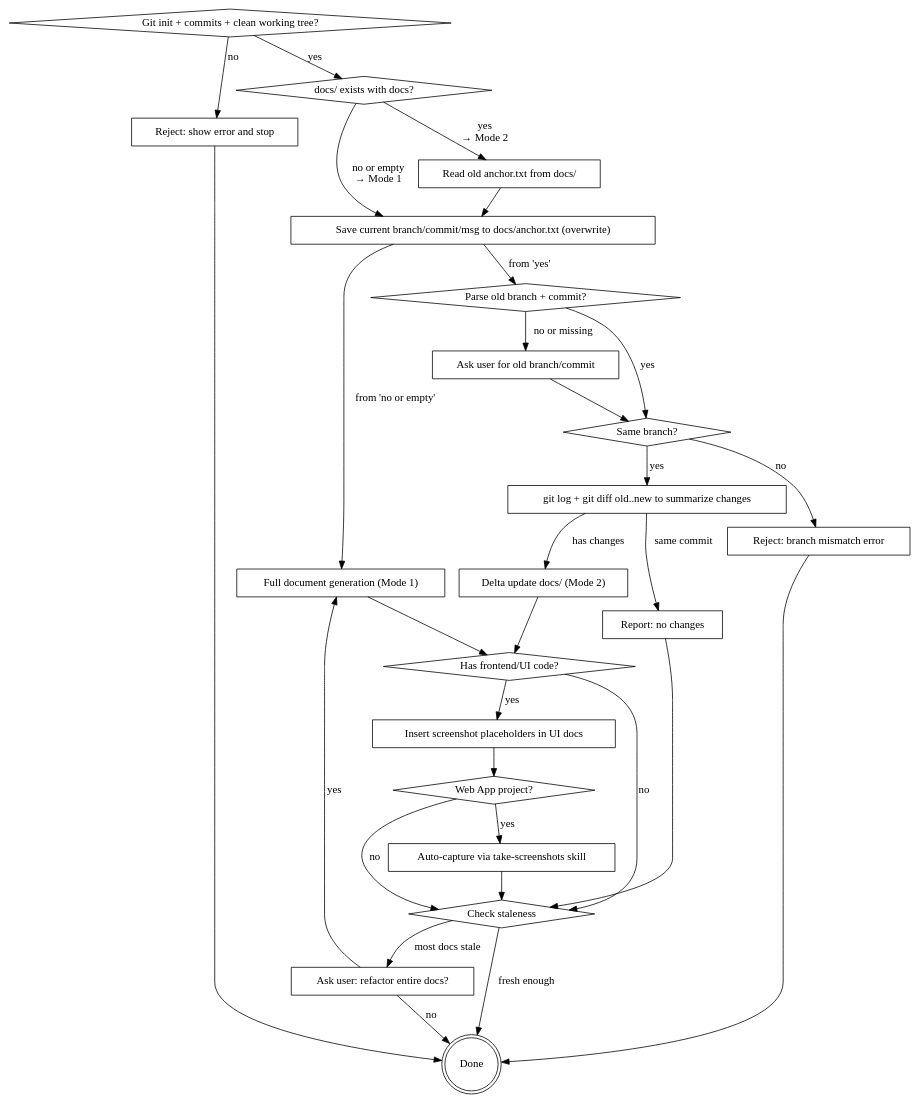
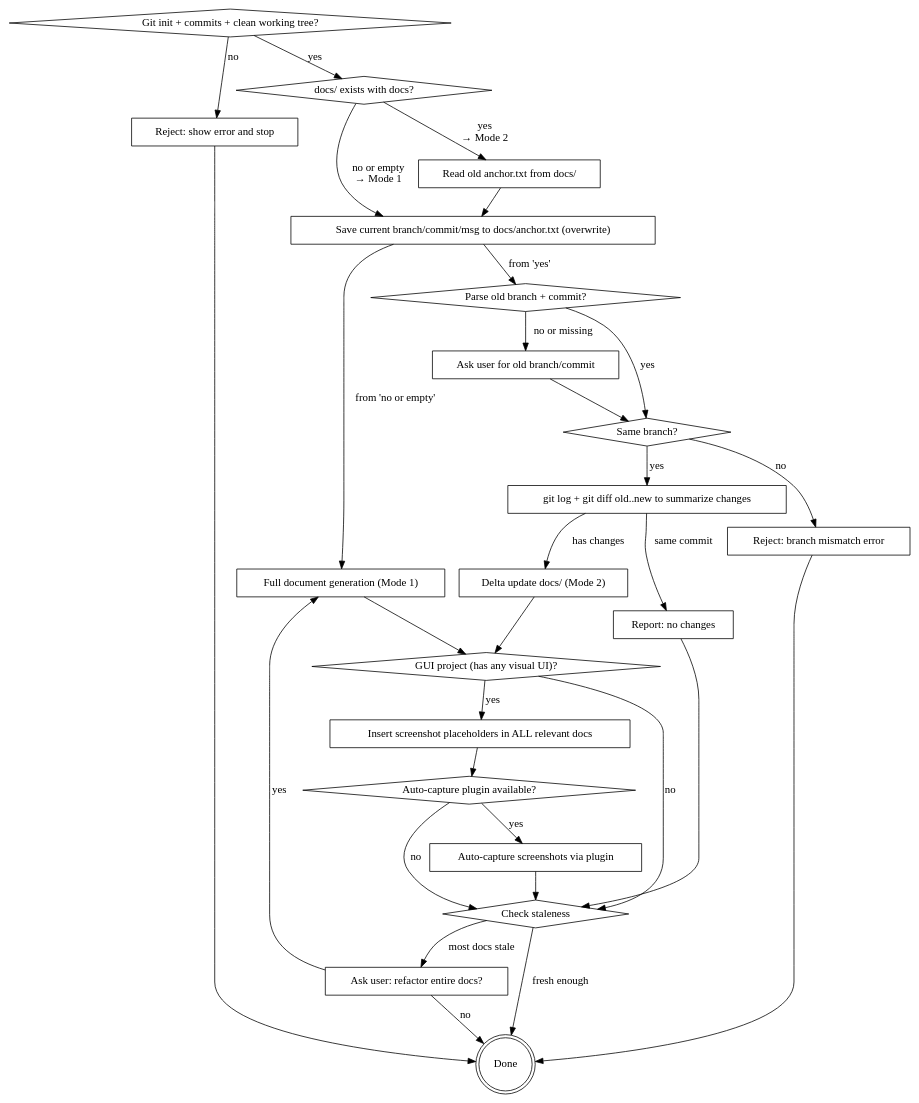
One commit to zhang-songhan/yanzhi-docs-generator changed the diagram in skills/writing-docs/SKILL.md. Above: the diagram before and after it, drawn with Graphviz. The commit also changed other lines of this file and 2 other files, not shown here.

First line of the commit message:
docs: expand screenshot rules to all doc categories for GUI apps, fix anti-rationalization

````diff
--- a/skills/writing-docs/SKILL.md
+++ b/skills/writing-docs/SKILL.md
@@ -19,54 +19,54 @@
 ```dot
 digraph document_flow {
     "Git init + commits + clean working tree?" [shape=diamond];
     "Reject: show error and stop" [shape=box];
     "docs/ exists with docs?" [shape=diamond];
     "Read old anchor.txt from docs/" [shape=box];
     "Save current branch/commit/msg to docs/anchor.txt (overwrite)" [shape=box];
     "Full document generation (Mode 1)" [shape=box];
     "Parse old branch + commit?" [shape=diamond];
     "Ask user for old branch/commit" [shape=box];
     "Same branch?" [shape=diamond];
     "Reject: branch mismatch error" [shape=box];
     "git log + git diff old..new to summarize changes" [shape=box];
     "Delta update docs/ (Mode 2)" [shape=box];
     "Report: no changes" [shape=box];
-    "Has frontend/UI code?" [shape=diamond];
-    "Insert screenshot placeholders in UI docs" [shape=box];
-    "Web App project?" [shape=diamond];
-    "Auto-capture via take-screenshots skill" [shape=box];
+    "GUI project (has any visual UI)?" [shape=diamond];
+    "Insert screenshot placeholders in ALL relevant docs" [shape=box];
+    "Auto-capture plugin available?" [shape=diamond];
+    "Auto-capture screenshots via plugin" [shape=box];
     "Check staleness" [shape=diamond];
     "Ask user: refactor entire docs?" [shape=box];
     "Done" [shape=doublecircle];
 
     "Git init + commits + clean working tree?" -> "Reject: show error and stop" [label="no"];
     "Git init + commits + clean working tree?" -> "docs/ exists with docs?" [label="yes"];
     "docs/ exists with docs?" -> "Save current branch/commit/msg to docs/anchor.txt (overwrite)" [label="no or empty\n→ Mode 1"];
     "docs/ exists with docs?" -> "Read old anchor.txt from docs/" [label="yes\n→ Mode 2"];
     "Read old anchor.txt from docs/" -> "Save current branch/commit/msg to docs/anchor.txt (overwrite)";
     "Save current branch/commit/msg to docs/anchor.txt (overwrite)" -> "Full document generation (Mode 1)" [label="from 'no or empty'"];
     "Save current branch/commit/msg to docs/anchor.txt (overwrite)" -> "Parse old branch + commit?" [label="from 'yes'"];
-    "Full document generation (Mode 1)" -> "Has frontend/UI code?";
+    "Full document generation (Mode 1)" -> "GUI project (has any visual UI)?";
     "Parse old branch + commit?" -> "Ask user for old branch/commit" [label="no or missing"];
     "Parse old branch + commit?" -> "Same branch?" [label="yes"];
     "Ask user for old branch/commit" -> "Same branch?";
     "Same branch?" -> "Reject: branch mismatch error" [label="no"];
     "Same branch?" -> "git log + git diff old..new to summarize changes" [label="yes"];
     "git log + git diff old..new to summarize changes" -> "Delta update docs/ (Mode 2)" [label="has changes"];
     "git log + git diff old..new to summarize changes" -> "Report: no changes" [label="same commit"];
-    "Delta update docs/ (Mode 2)" -> "Has frontend/UI code?";
-    "Has frontend/UI code?" -> "Insert screenshot placeholders in UI docs" [label="yes"];
-    "Has frontend/UI code?" -> "Check staleness" [label="no"];
-    "Insert screenshot placeholders in UI docs" -> "Web App project?";
-    "Web App project?" -> "Auto-capture via take-screenshots skill" [label="yes"];
-    "Web App project?" -> "Check staleness" [label="no"];
-    "Auto-capture via take-screenshots skill" -> "Check staleness";
+    "Delta update docs/ (Mode 2)" -> "GUI project (has any visual UI)?";
+    "GUI project (has any visual UI)?" -> "Insert screenshot placeholders in ALL relevant docs" [label="yes"];
+    "GUI project (has any visual UI)?" -> "Check staleness" [label="no"];
+    "Insert screenshot placeholders in ALL relevant docs" -> "Auto-capture plugin available?";
+    "Auto-capture plugin available?" -> "Auto-capture screenshots via plugin" [label="yes"];
+    "Auto-capture plugin available?" -> "Check staleness" [label="no"];
+    "Auto-capture screenshots via plugin" -> "Check staleness";
     "Report: no changes" -> "Check staleness";
     "Reject: show error and stop" -> "Done";
     "Reject: branch mismatch error" -> "Done";
     "Check staleness" -> "Ask user: refactor entire docs?" [label="most docs stale"];
     "Check staleness" -> "Done" [label="fresh enough"];
     "Ask user: refactor entire docs?" -> "Full document generation (Mode 1)" [label="yes"];
     "Ask user: refactor entire docs?" -> "Done" [label="no"];
 }
 ```
````
